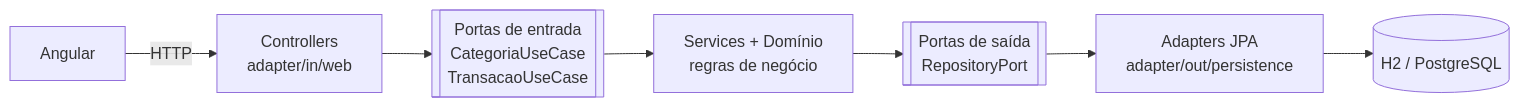
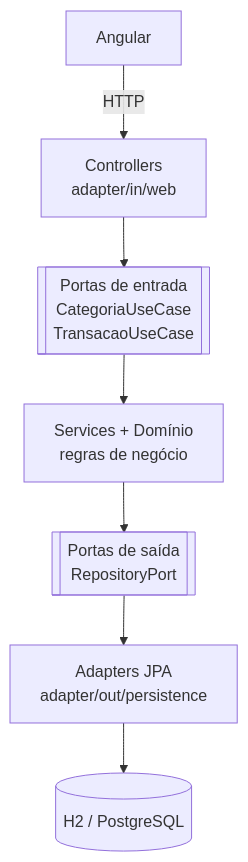
One commit to PedroSobreiraTI/numo-web changed the diagram in README.md. Above: the diagram before and after it, drawn with Mermaid.

````diff
--- a/README.md
+++ b/README.md
@@ -20,9 +20,9 @@
 ```mermaid
-flowchart LR
+flowchart TB
     A[Angular] -->|HTTP| B[Controllers<br/>adapter/in/web]
     B --> C[[Portas de entrada<br/>CategoriaUseCase<br/>TransacaoUseCase]]
     C --> D[Services + Domínio<br/>regras de negócio]
     D --> E[[Portas de saída<br/>RepositoryPort]]
     E --> F[Adapters JPA<br/>adapter/out/persistence]
     F --> G[(H2 / PostgreSQL)]
 ```
````
